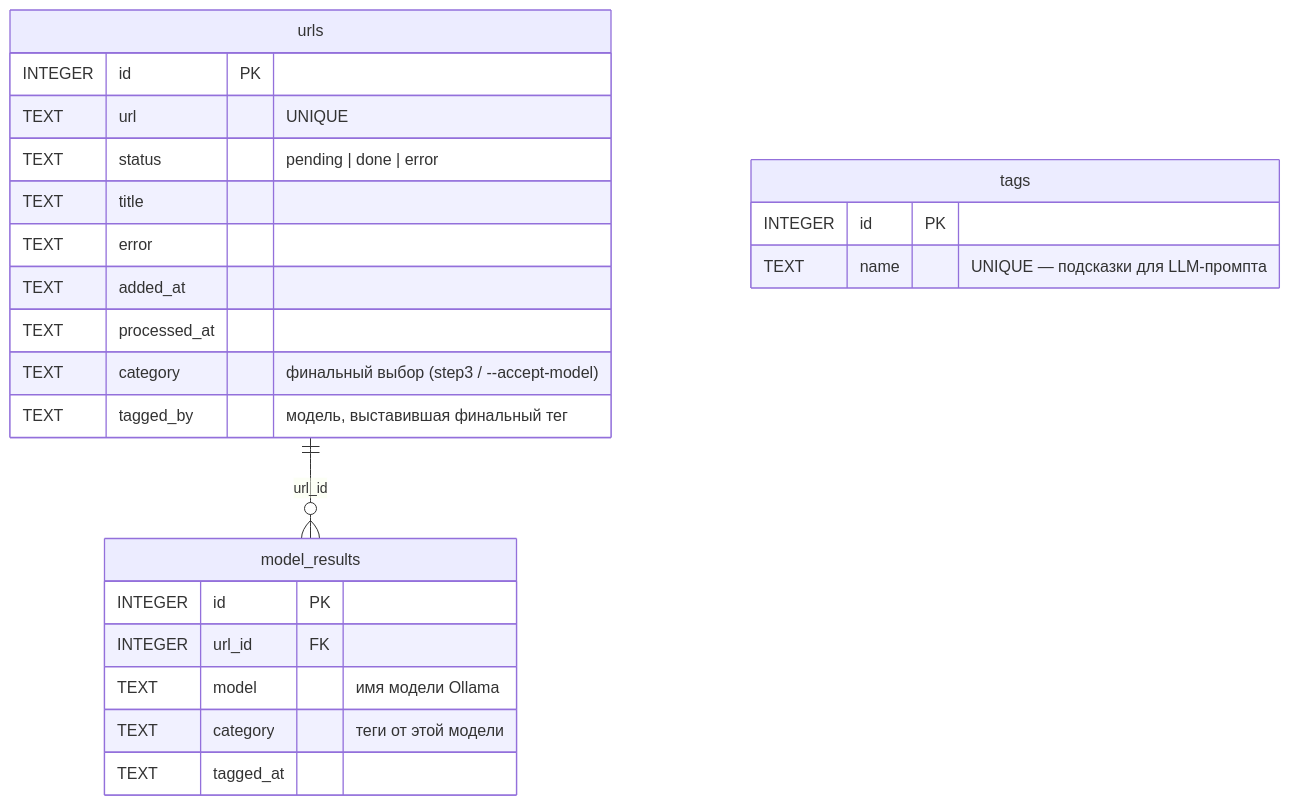
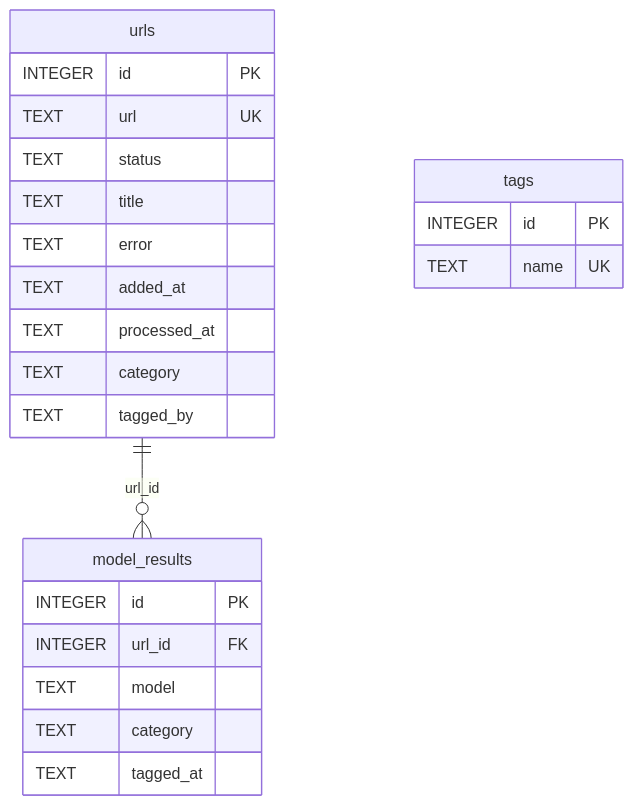
The first of 4 diagrams in docs/models-compare.md (ioncat/web-page-classifier), drawn with Mermaid before and after one commit. The commit also changed 1 other file, not shown here.

Commit message:
docs: translate README to Russian, fix Mermaid erDiagram rendering
- Translate all non-diagram text to Russian (Problem, Approach, How it works, Example output, ML Roadmap, Future work, Quick start, Project structure)
- Fix erDiagram in models-compare.md: remove string literals with | and Cyrillic that broke GitHub Mermaid renderer

````diff
--- a/docs/models-compare.md
+++ b/docs/models-compare.md
@@ -12,29 +12,29 @@
 ```mermaid
 erDiagram
     urls {
         INTEGER id PK
-        TEXT    url        "UNIQUE"
-        TEXT    status     "pending | done | error"
-        TEXT    title
-        TEXT    error
-        TEXT    added_at
-        TEXT    processed_at
-        TEXT    category   "финальный выбор (step3 / --accept-model)"
-        TEXT    tagged_by  "модель, выставившая финальный тег"
+        TEXT url UK
+        TEXT status
+        TEXT title
+        TEXT error
+        TEXT added_at
+        TEXT processed_at
+        TEXT category
+        TEXT tagged_by
     }
 
     tags {
-        INTEGER id   PK
-        TEXT    name "UNIQUE — подсказки для LLM-промпта"
+        INTEGER id PK
+        TEXT name UK
     }
 
     model_results {
-        INTEGER id        PK
-        INTEGER url_id    FK
-        TEXT    model     "имя модели Ollama"
-        TEXT    category  "теги от этой модели"
-        TEXT    tagged_at
+        INTEGER id PK
+        INTEGER url_id FK
+        TEXT model
+        TEXT category
+        TEXT tagged_at
     }
 
-    urls      ||--o{ model_results : "url_id"
+    urls ||--o{ model_results : "url_id"
 ```
````
